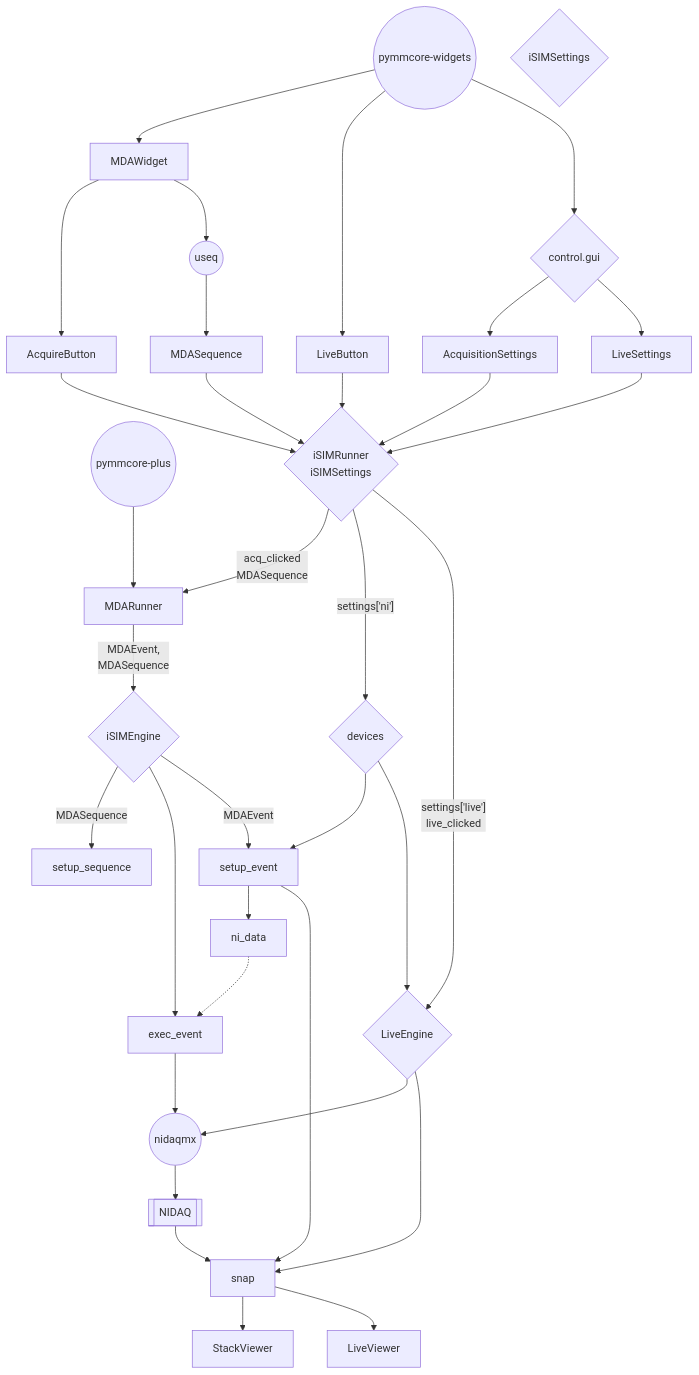
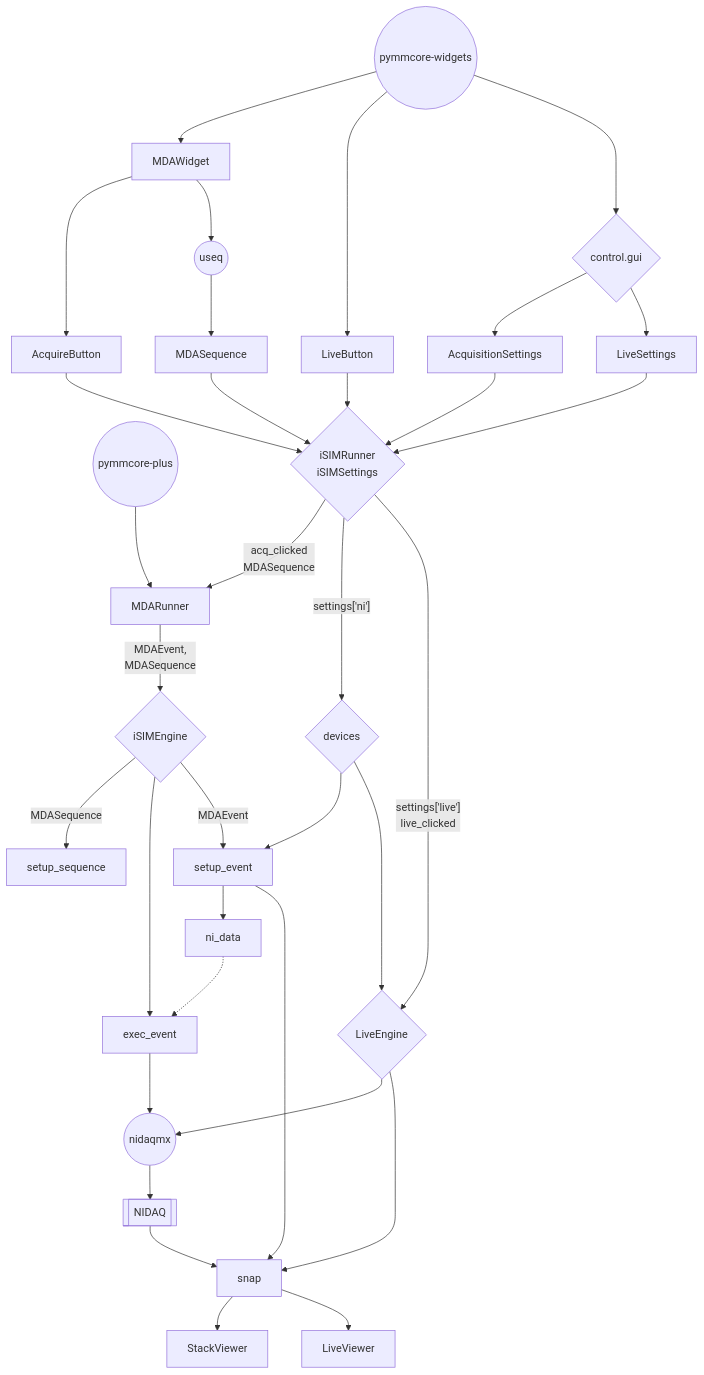
Before and after one commit to LEB-EPFL/iSIM: the diagram in control/doc/structure.md, drawn with Mermaid. The commit also changed 2 other files, not shown here.

Commit message:
working live mode

````diff
--- a/control/doc/structure.md
+++ b/control/doc/structure.md
@@ -1,57 +1,57 @@
 ```mermaid
 flowchart TD;
     useq((useq))
     pymmcore-plus((pymmcore-plus))
     pymmcore-widgets((pymmcore-widgets))
     iSIMEngine{iSIMEngine}
     control.gui{control.gui}
     iSIMRunner{iSIMRunner \n iSIMSettings}
-    iSIMSettings{iSIMSettings}
+
     devices{devices}
     NIDAQ[[NIDAQ]]
     nidaqmx((nidaqmx))
 
     %% Acquisisitons
     useq --> MDASequence
     pymmcore-widgets --> MDAWidget
     control.gui --> AcquisitionSettings
     AcquisitionSettings --> iSIMRunner
     MDAWidget --> AcquireButton
     AcquireButton --> iSIMRunner
     MDAWidget --> useq
 
     MDASequence --> iSIMRunner
     pymmcore-plus --> MDARunner
 
     iSIMRunner -- acq_clicked \n MDASequence--> MDARunner
     iSIMRunner -- settings['ni'] --> devices
 
     MDARunner -- MDAEvent, \n MDASequence --> iSIMEngine
     iSIMEngine -- MDASequence --> setup_sequence
     iSIMEngine --> exec_event
     iSIMEngine -- MDAEvent --> setup_event
     devices --> setup_event
     setup_event --> ni_data
     setup_event --> snap
     ni_data -.-> exec_event
     exec_event --> nidaqmx
     nidaqmx --> NIDAQ
     snap --> StackViewer
 
 
     %% Live Mode
     pymmcore-widgets --> LiveButton
     LiveButton --> iSIMRunner
     LiveEngine{LiveEngine} --> nidaqmx
     LiveEngine --> snap
     NIDAQ --> snap
     snap --> LiveViewer
 
     devices --> LiveEngine
     iSIMRunner -- settings['live'] \n live_clicked--> LiveEngine
 
     control.gui --> LiveSettings
     pymmcore-widgets --> control.gui
     LiveSettings --> iSIMRunner
 
 ```
````
